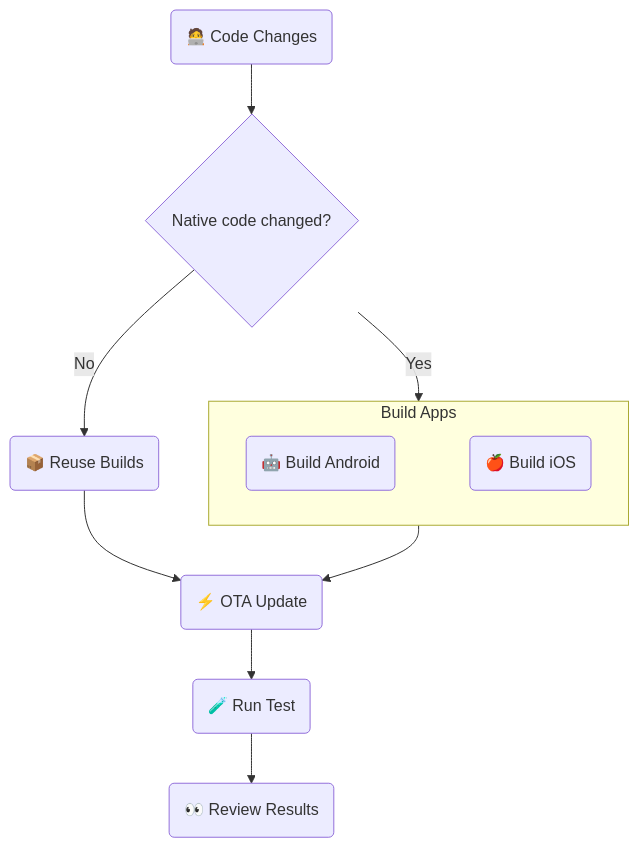
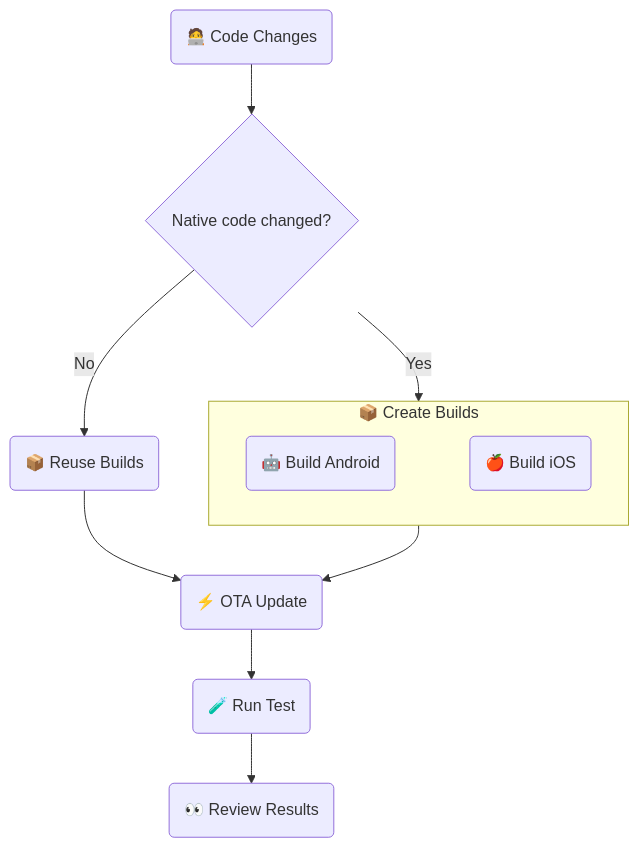
One commit to sherlo-io/sherlo changed the first of 2 diagrams in examples/eas-update/README.md. Above: the diagram before and after it, drawn with Mermaid. The commit also changed other lines of this file, not shown here.

````diff
--- a/examples/eas-update/README.md
+++ b/examples/eas-update/README.md
@@ -14,21 +14,21 @@
 ```mermaid
 flowchart TB
    UI(🧑‍💻 Code Changes)
    Check{Native code changed?}
    Reuse(📦 Reuse Builds)
-   subgraph Build[Build Apps]
+   subgraph Build[📦 Create Builds]
       Android(🤖 Build Android)
       iOS(🍎 Build iOS)
       Android ~~~ iOS
    end
    Update(⚡ OTA Update)
    Test(🧪 Run Test)
    Review(👀 Review Results)
 
    UI --> Check
    Check -->|No| Reuse
    Check -->|Yes| Build
    Reuse & Build --> Update
    Update --> Test
    Test --> Review
 ```
````
